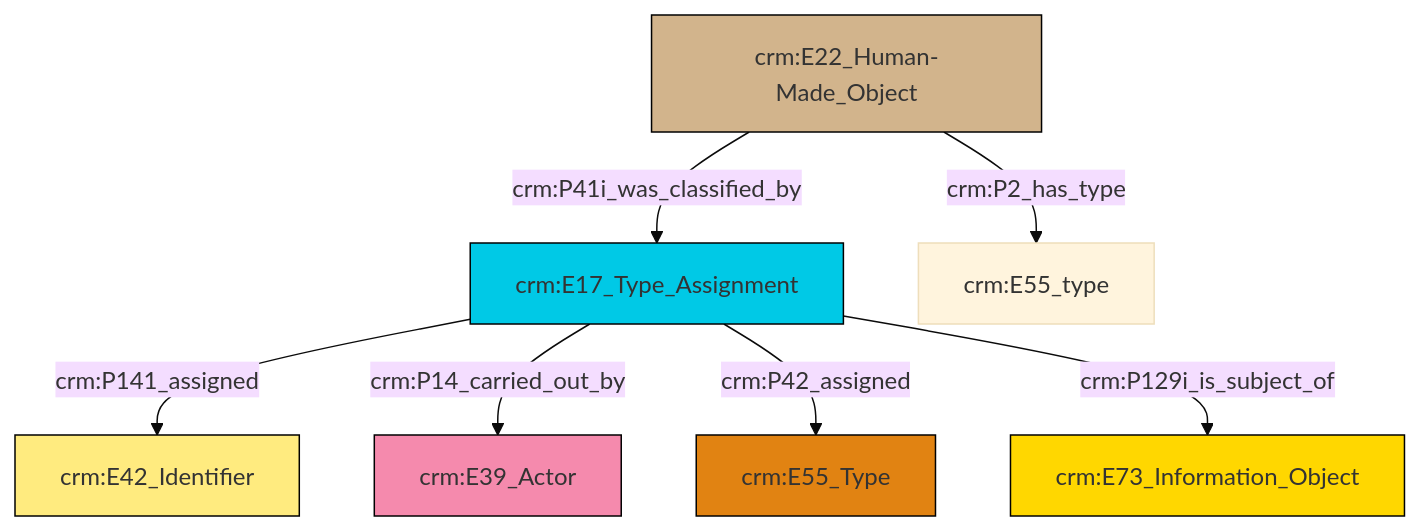
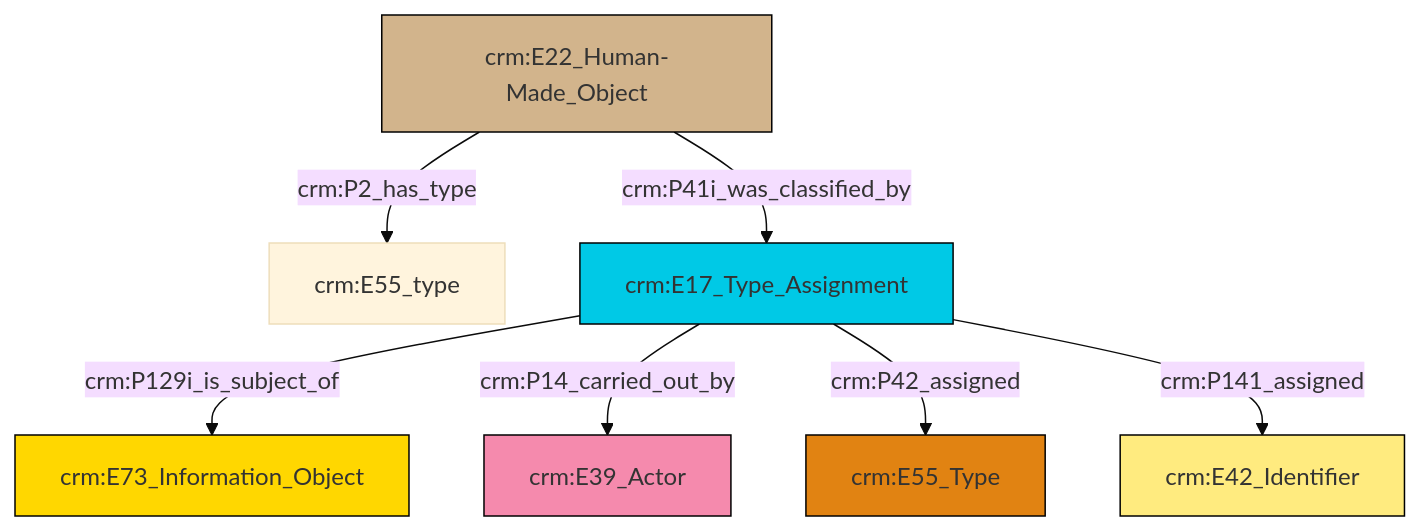
The diagram in et/builtWorkCSV/ttl/mmd/Built_Work_designation_status.ttl.mmd (swiss-art-research-net/reference-data-models), drawn with Mermaid (base theme) before and after one commit. The commit also changed 128 other files, not shown here.

```diff
--- a/et/builtWorkCSV/ttl/mmd/Built_Work_designation_status.ttl.mmd
+++ b/et/builtWorkCSV/ttl/mmd/Built_Work_designation_status.ttl.mmd
@@ -1,21 +1,21 @@
 graph TD
 classDef Literal fill:#f2f2f2,stroke:#000000;
 classDef CRM_Entity fill:#FFFFFF,stroke:#000000;
 classDef Temporal_Entity fill:#00C9E6, stroke:#000000;
 classDef Type fill:#E18312, stroke:#000000;
 classDef Time-Span fill:#2C9C91, stroke:#000000;
 classDef Appellation fill:#FFEB7F, stroke:#000000;
 classDef Place fill:#008836, stroke:#000000;
 classDef Persistent_Item fill:#B266B2, stroke:#000000;
 classDef Conceptual_Object fill:#FFD700, stroke:#000000;
 classDef Physical_Thing fill:#D2B48C, stroke:#000000;
 classDef Actor fill:#f58aad, stroke:#000000;
 classDef PC_Classes fill:#4ce600, stroke:#000000;
 classDef Multi fill:#cccccc,stroke:#000000;
 
-0["crm:E17_Type_Assignment"]:::Temporal_Entity -->|crm:P141_assigned| 1["crm:E42_Identifier"]:::Appellation
-0["crm:E17_Type_Assignment"]:::Temporal_Entity -->|crm:P14_carried_out_by| 4["crm:E39_Actor"]:::Actor
-5["crm:E22_Human-Made_Object"]:::Physical_Thing -->|crm:P41i_was_classified_by| 0["crm:E17_Type_Assignment"]:::Temporal_Entity
-0["crm:E17_Type_Assignment"]:::Temporal_Entity -->|crm:P42_assigned| 7["crm:E55_Type"]:::Type
-5["crm:E22_Human-Made_Object"]:::Physical_Thing -->|crm:P2_has_type| 8["crm:E55_type"]:::Default
-0["crm:E17_Type_Assignment"]:::Temporal_Entity -->|crm:P129i_is_subject_of| 2["crm:E73_Information_Object"]:::Conceptual_Object
+2["crm:E22_Human-Made_Object"]:::Physical_Thing -->|crm:P2_has_type| 3["crm:E55_type"]:::Default
+2["crm:E22_Human-Made_Object"]:::Physical_Thing -->|crm:P41i_was_classified_by| 9["crm:E17_Type_Assignment"]:::Temporal_Entity
+9["crm:E17_Type_Assignment"]:::Temporal_Entity -->|crm:P129i_is_subject_of| 0["crm:E73_Information_Object"]:::Conceptual_Object
+9["crm:E17_Type_Assignment"]:::Temporal_Entity -->|crm:P14_carried_out_by| 4["crm:E39_Actor"]:::Actor
+9["crm:E17_Type_Assignment"]:::Temporal_Entity -->|crm:P42_assigned| 7["crm:E55_Type"]:::Type
+9["crm:E17_Type_Assignment"]:::Temporal_Entity -->|crm:P141_assigned| 10["crm:E42_Identifier"]:::Appellation
```
